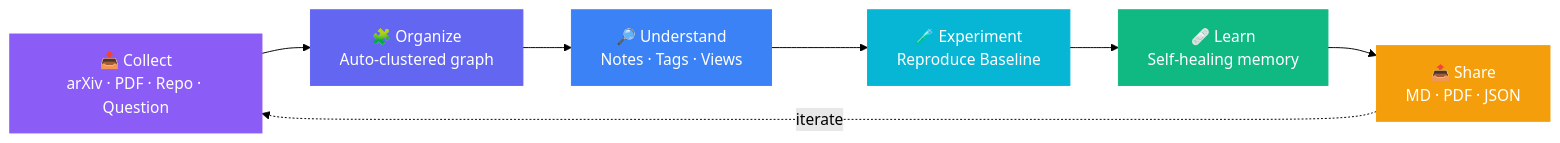
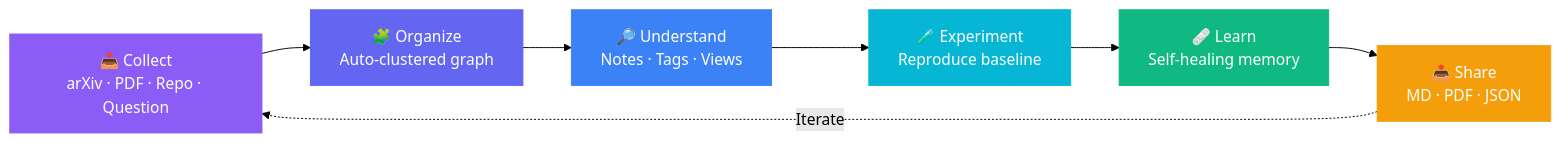
Before and after one commit to abhishek-s-gupta/synapsegraph: the first of 3 diagrams in README.md, drawn with Mermaid (forest theme). The commit also changed other lines of this file, not shown here.

````diff
--- a/README.md
+++ b/README.md
@@ -65,16 +68,16 @@
 ```mermaid
 flowchart LR
     A["📥 Collect<br/>arXiv · PDF · Repo · Question"] --> B["🧩 Organize<br/>Auto-clustered graph"]
     B --> C["🔎 Understand<br/>Notes · Tags · Views"]
-    C --> D["🧪 Experiment<br/>Reproduce Baseline"]
+    C --> D["🧪 Experiment<br/>Reproduce baseline"]
     D --> E["🩹 Learn<br/>Self-healing memory"]
     E --> F["📤 Share<br/>MD · PDF · JSON"]
-    F -.->|iterate| A
- 
+    F -.->|Iterate| A
+
     style A fill:#8B5CF6,stroke:#8B5CF6,color:#fff
     style B fill:#6366F1,stroke:#6366F1,color:#fff
     style C fill:#3B82F6,stroke:#3B82F6,color:#fff
     style D fill:#06B6D4,stroke:#06B6D4,color:#fff
     style E fill:#10B981,stroke:#10B981,color:#fff
     style F fill:#F59E0B,stroke:#F59E0B,color:#fff
 ```
````
